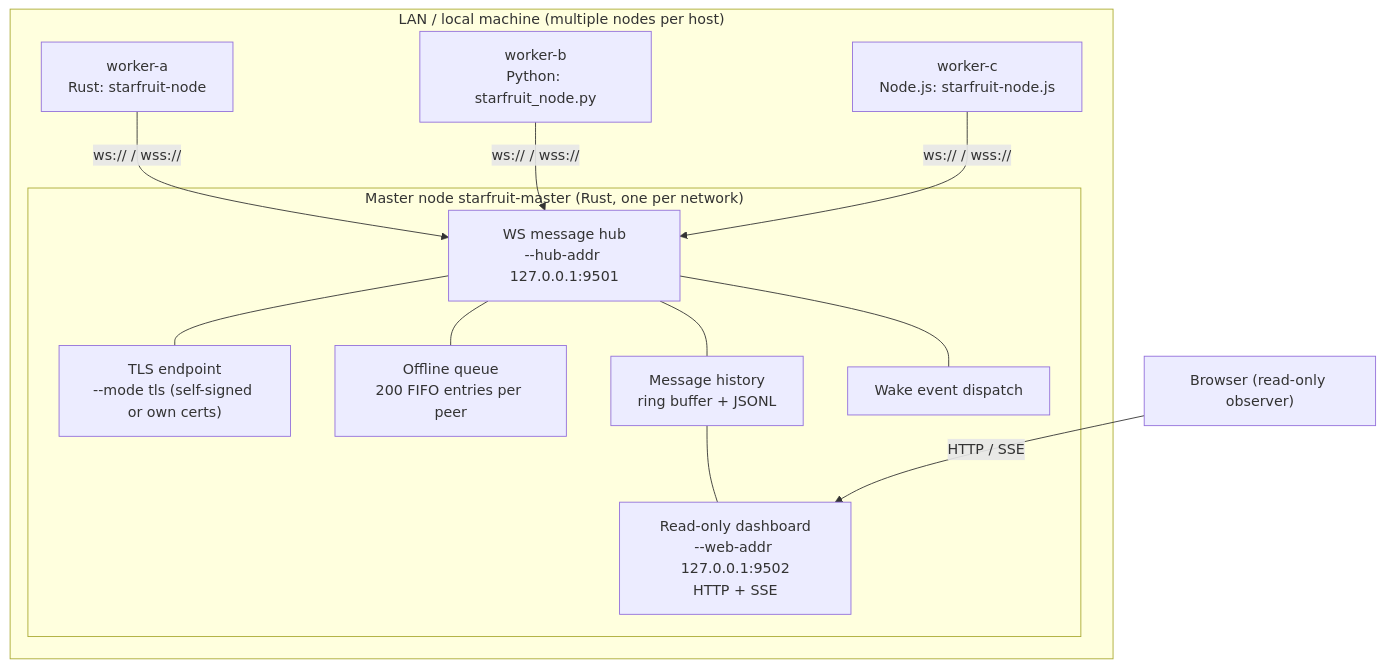
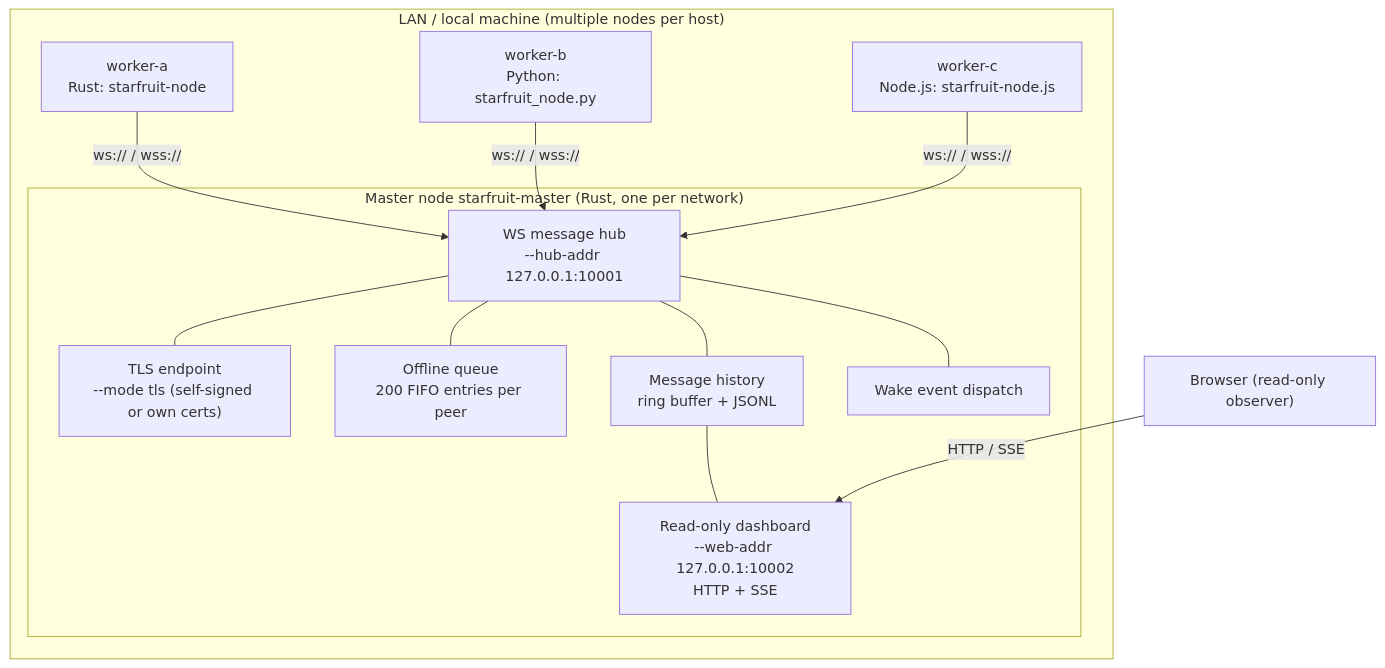
The first of 3 diagrams in README.en.md (chunshilaioqf/starfruit-skill), drawn with Mermaid before and after one commit. The commit also changed other lines of this file and 24 other files, not shown here.

````diff
--- a/README.en.md
+++ b/README.en.md
@@ -68,28 +71,28 @@
 ```mermaid
 flowchart TB
     subgraph LAN["LAN / local machine (multiple nodes per host)"]
         subgraph MASTER["Master node starfruit-master (Rust, one per network)"]
-            HUB["WS message hub<br/>--hub-addr 127.0.0.1:9501"]
+            HUB["WS message hub<br/>--hub-addr 127.0.0.1:10001"]
             TLSX["TLS endpoint<br/>--mode tls (self-signed or own certs)"]
             QUEUE["Offline queue<br/>200 FIFO entries per peer"]
             HIST["Message history<br/>ring buffer + JSONL"]
             WAKE["Wake event dispatch"]
-            WEB["Read-only dashboard<br/>--web-addr 127.0.0.1:9502<br/>HTTP + SSE"]
+            WEB["Read-only dashboard<br/>--web-addr 127.0.0.1:10002<br/>HTTP + SSE"]
         end
         N1["worker-a<br/>Rust: starfruit-node"]
         N2["worker-b<br/>Python: starfruit_node.py"]
         N3["worker-c<br/>Node.js: starfruit-node.js"]
     end
 
     BROWSER["Browser (read-only observer)"]
 
     N1 -- "ws:// / wss://" --> HUB
     N2 -- "ws:// / wss://" --> HUB
     N3 -- "ws:// / wss://" --> HUB
     HUB --- TLSX
     HUB --- QUEUE
     HUB --- HIST
     HUB --- WAKE
     HIST --- WEB
     BROWSER -- "HTTP / SSE" --> WEB
 ```
````
